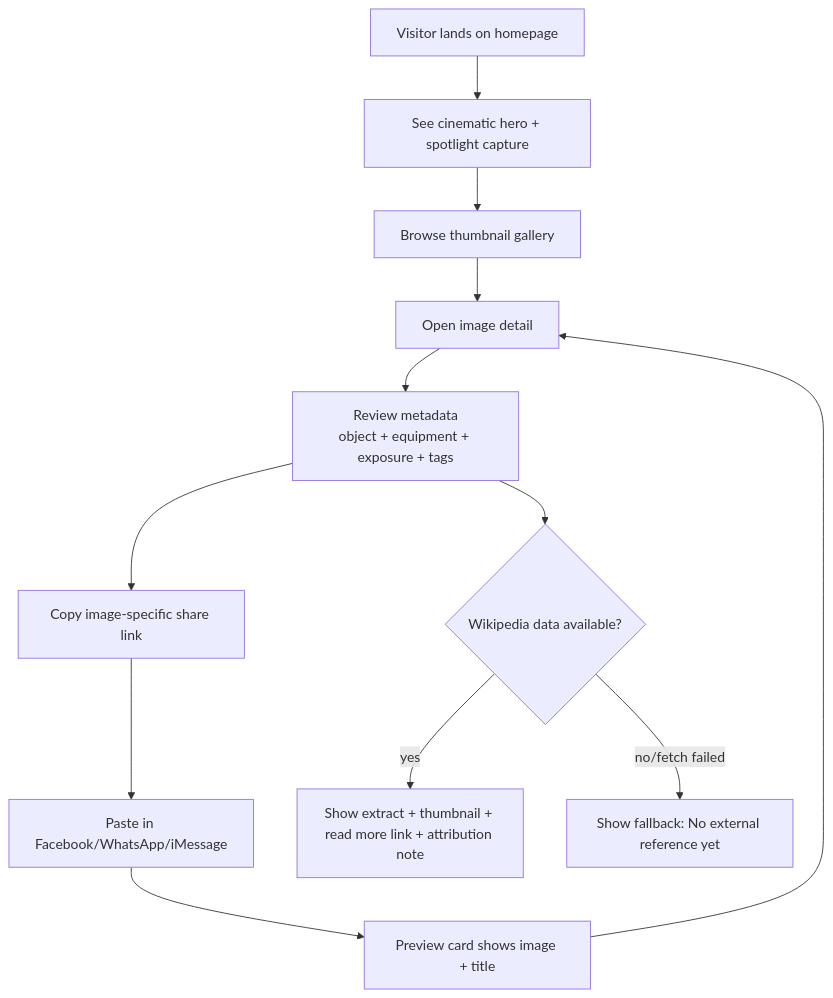
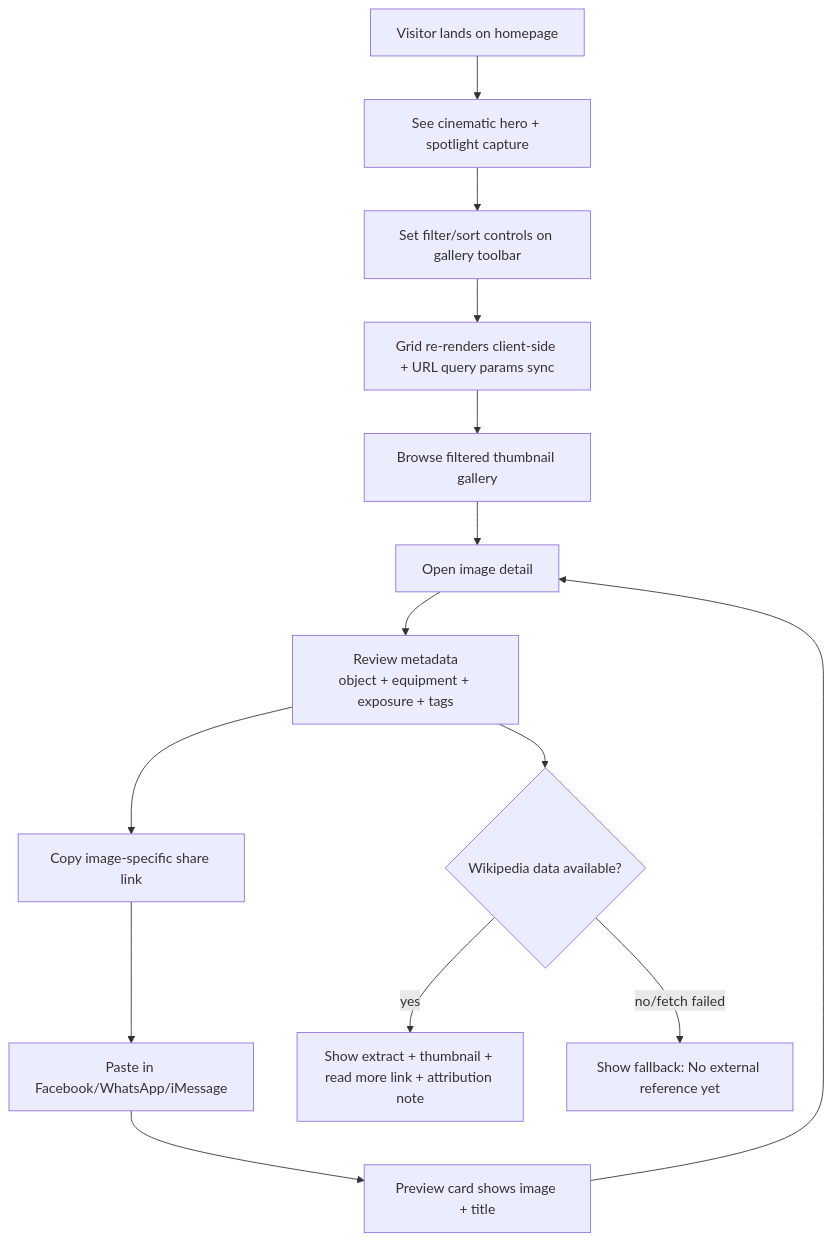
Before and after one commit to smeird/images: the first of 3 diagrams in README.md, drawn with Mermaid. The commit also changed other lines of this file and 3 other files, not shown here.

First line of the commit message:
Add homepage filter/sort toolbar with client-side re-rendering

````diff
--- a/README.md
+++ b/README.md
@@ -139,14 +141,16 @@
 ```mermaid
 flowchart TD
   A[Visitor lands on homepage] --> B[See cinematic hero + spotlight capture]
-  B --> C[Browse thumbnail gallery]
-  C --> D[Open image detail]
-  D --> E[Review metadata\nobject + equipment + exposure + tags]
-  E --> I[Copy image-specific share link]
+  B --> C[Set filter/sort controls on gallery toolbar]
+  C --> D[Grid re-renders client-side + URL query params sync]
+  D --> E[Browse filtered thumbnail gallery]
+  E --> F[Open image detail]
+  F --> G[Review metadata\nobject + equipment + exposure + tags]
+  G --> I[Copy image-specific share link]
   I --> J[Paste in Facebook/WhatsApp/iMessage]
   J --> K[Preview card shows image + title]
-  K --> D
-  E --> F{Wikipedia data available?}
-  F -- yes --> G[Show extract + thumbnail + read more link + attribution note]
-  F -- no/fetch failed --> H[Show fallback: No external reference yet]
+  K --> F
+  G --> H{Wikipedia data available?}
+  H -- yes --> WIKI[Show extract + thumbnail + read more link + attribution note]
+  H -- no/fetch failed --> L[Show fallback: No external reference yet]
 ```
````
